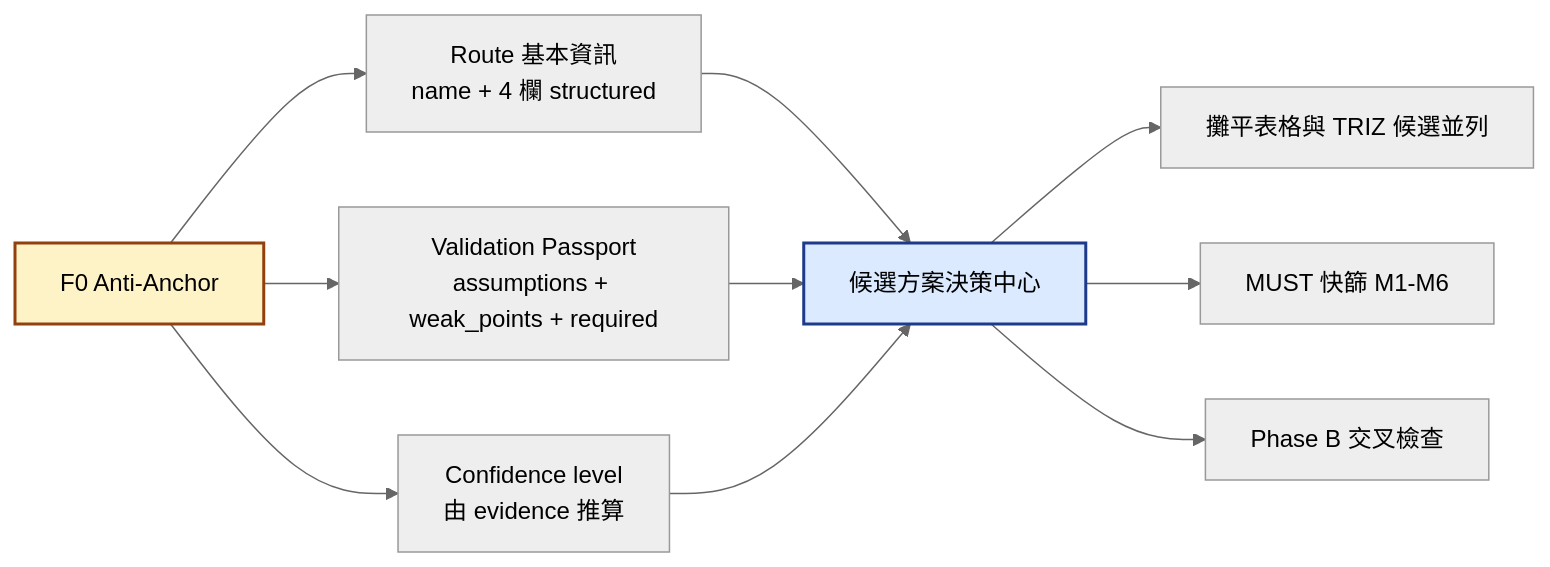
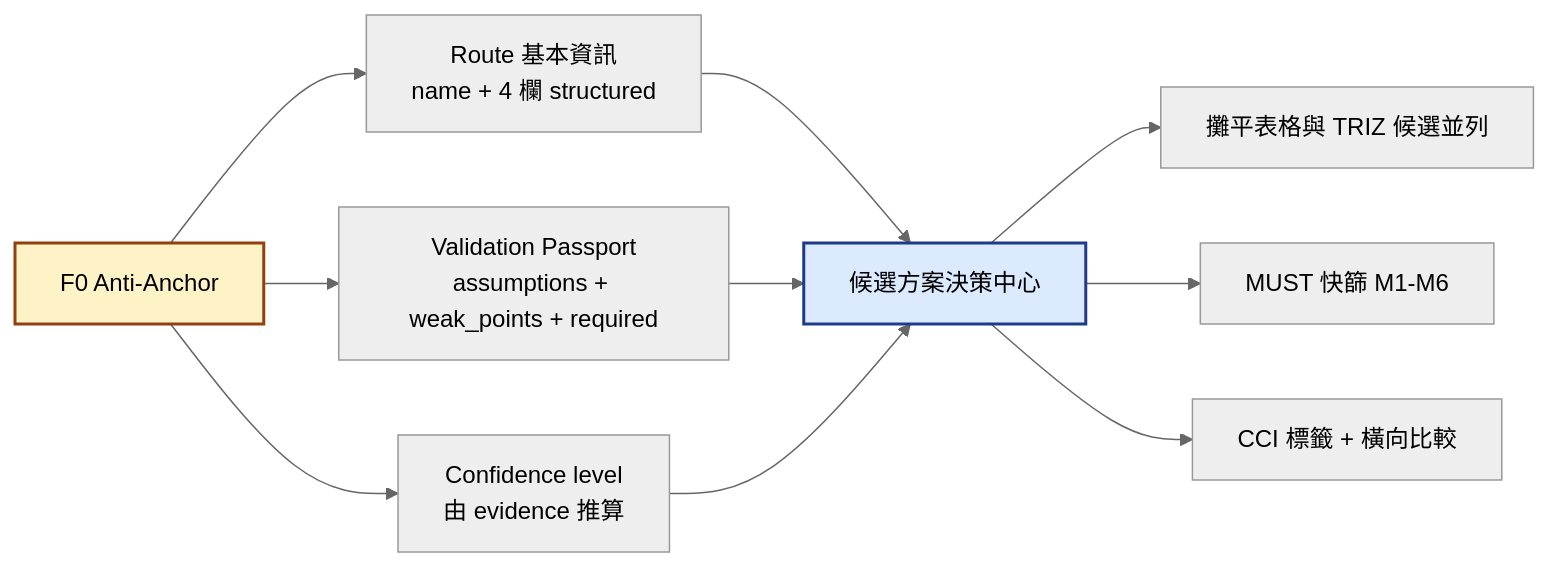
Before and after one commit to Zenobia0000/RD_copilot_system: diagram 19 of 23 in docs/01-define/diagrams/appendix-c--reverse-anti-anchor.md, drawn with Mermaid. The commit also changed 10 other files, not shown here.

First line of the commit message:
docs: Phase B 完整退役 — SIM + CCI 前置覆蓋 (v9)

````diff
--- a/docs/01-define/diagrams/appendix-c--reverse-anti-anchor.md
+++ b/docs/01-define/diagrams/appendix-c--reverse-anti-anchor.md
@@ -761,18 +761,18 @@
 ```mermaid
 %%{init: {'theme': 'neutral'}}%%
 graph LR
     F0[F0 Anti-Anchor] --> A[Route 基本資訊<br/>name + 4 欄 structured]
     F0 --> B[Validation Passport<br/>assumptions + weak_points + required]
     F0 --> C[Confidence level<br/>由 evidence 推算]
 
     A --> HUB[候選方案決策中心]
     B --> HUB
     C --> HUB
 
     HUB --> D[攤平表格與 TRIZ 候選並列]
     HUB --> E[MUST 快篩 M1-M6]
-    HUB --> F[Phase B 交叉檢查]
+    HUB --> F[CCI 標籤 + 橫向比較]
 
     style F0 fill:#fef3c7,stroke:#92400e,stroke-width:2px,color:#000
     style HUB fill:#dbeafe,stroke:#1e3a8a,stroke-width:2px,color:#000
 ```
````
